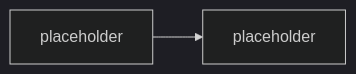
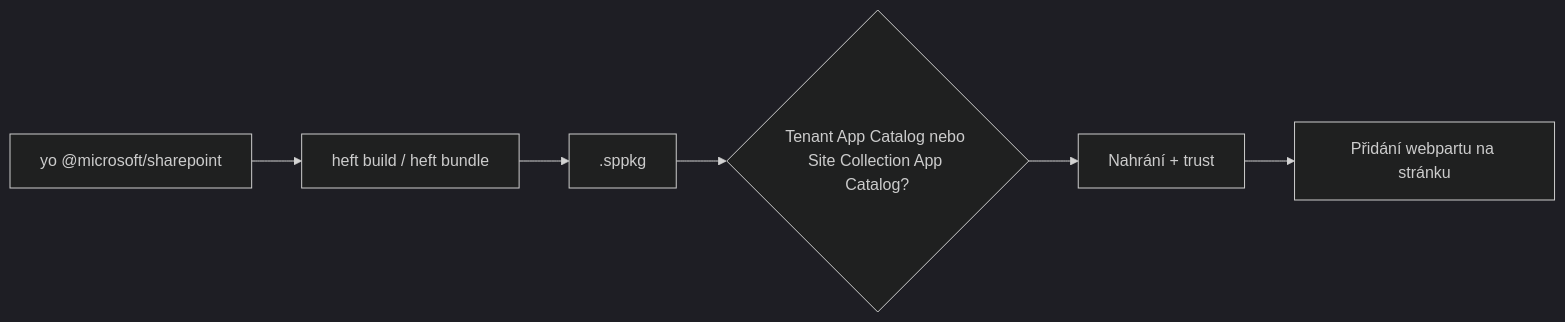
The diagram in day-5/spfx-fundamentals/README.md (MalasekPetr/gopas-goc223), drawn with Mermaid (dark theme) before and after one commit. The commit also changed other lines of this file and 9 other files, not shown here.

````diff
--- a/day-5/spfx-fundamentals/README.md
+++ b/day-5/spfx-fundamentals/README.md
@@ -24,5 +46,8 @@
 ```mermaid
-%% TODO: diagram — yo generator -> build -> .sppkg -> App Catalog -> deploy -> stránka
 flowchart LR
-  A[placeholder] --> B[placeholder]
+  A[yo @microsoft/sharepoint] --> B[heft build / heft bundle]
+  B --> C[.sppkg]
+  C --> D{Tenant App Catalog nebo Site Collection App Catalog?}
+  D --> E[Nahrání + trust]
+  E --> F[Přidání webpartu na stránku]
 ```
````
